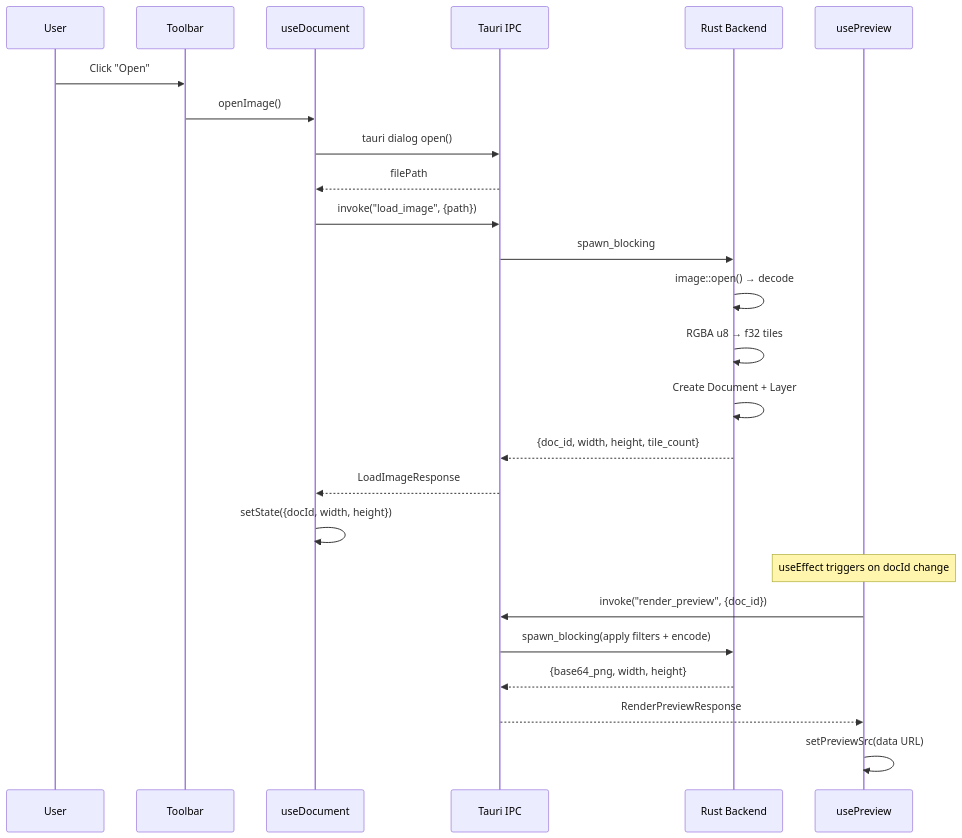
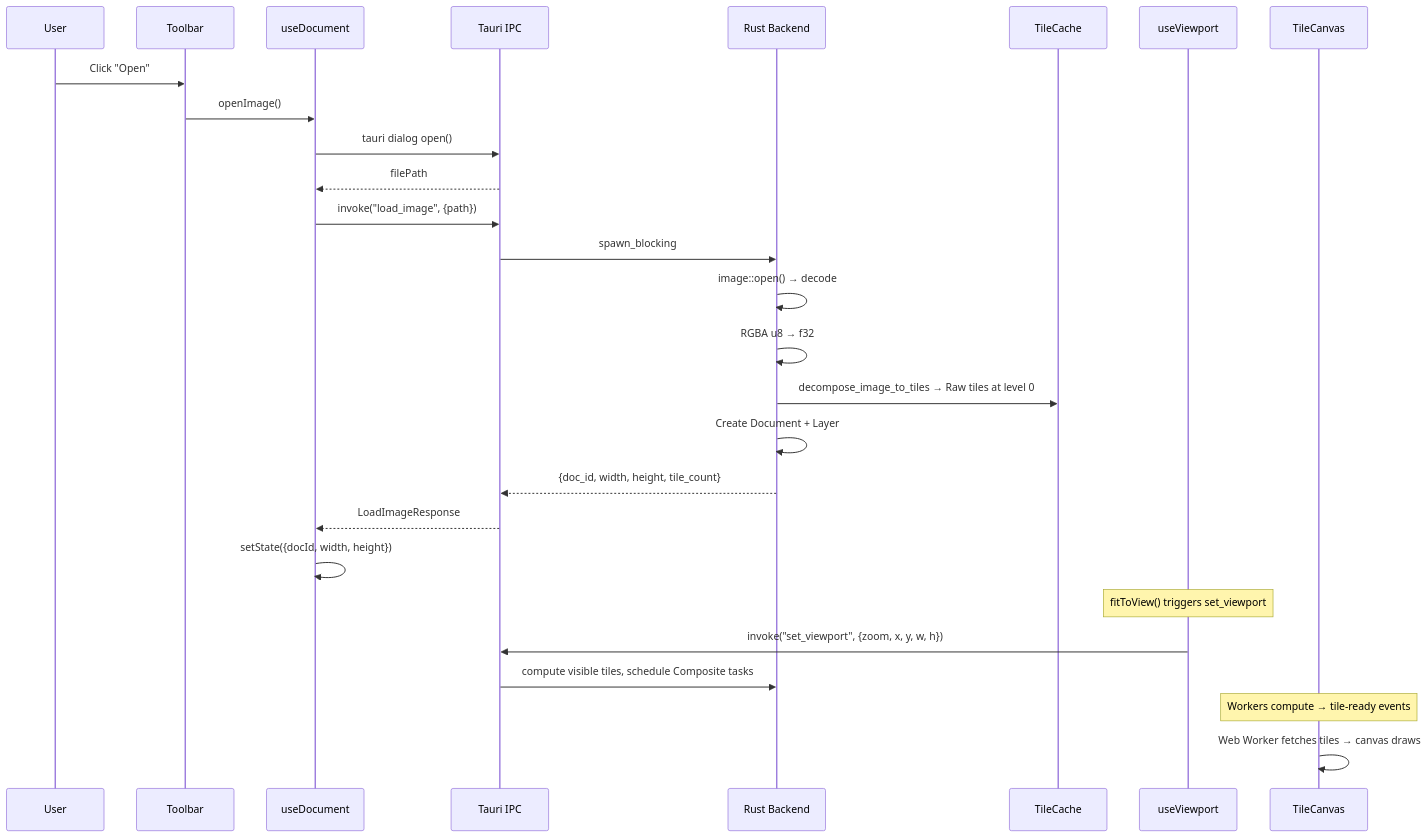
The sixth of 10 diagrams in ARCHITECTURE.md (edrdavid1/dith-yuki), drawn with Mermaid before and after one commit. The commit also changed other lines of this file and 35 other files, not shown here.

First line of the commit message:
feat: tile-viewport rendering pipeline

````diff
--- a/ARCHITECTURE.md
+++ b/ARCHITECTURE.md
@@ -948,28 +1149,30 @@
 ```mermaid
 sequenceDiagram
     participant User
     participant Toolbar
     participant useDocument
     participant IPC as Tauri IPC
     participant Backend as Rust Backend
-    participant usePreview
+    participant Cache as TileCache
+    participant useViewport
+    participant TileCanvas
 
     User->>Toolbar: Click "Open"
     Toolbar->>useDocument: openImage()
     useDocument->>IPC: tauri dialog open()
     IPC-->>useDocument: filePath
     useDocument->>IPC: invoke("load_image", {path})
     IPC->>Backend: spawn_blocking
     Backend->>Backend: image::open() → decode
-    Backend->>Backend: RGBA u8 → f32 tiles
+    Backend->>Backend: RGBA u8 → f32
+    Backend->>Cache: decompose_image_to_tiles → Raw tiles at level 0
     Backend->>Backend: Create Document + Layer
     Backend-->>IPC: {doc_id, width, height, tile_count}
     IPC-->>useDocument: LoadImageResponse
     useDocument->>useDocument: setState({docId, width, height})
-    Note over usePreview: useEffect triggers on docId change
-    usePreview->>IPC: invoke("render_preview", {doc_id})
-    IPC->>Backend: spawn_blocking(apply filters + encode)
-    Backend-->>IPC: {base64_png, width, height}
-    IPC-->>usePreview: RenderPreviewResponse
-    usePreview->>usePreview: setPreviewSrc(data URL)
+    Note over useViewport: fitToView() triggers set_viewport
+    useViewport->>IPC: invoke("set_viewport", {zoom, x, y, w, h})
+    IPC->>Backend: compute visible tiles, schedule Composite tasks
+    Note over TileCanvas: Workers compute → tile-ready events
+    TileCanvas->>TileCanvas: Web Worker fetches tiles → canvas draws
 ```
````
